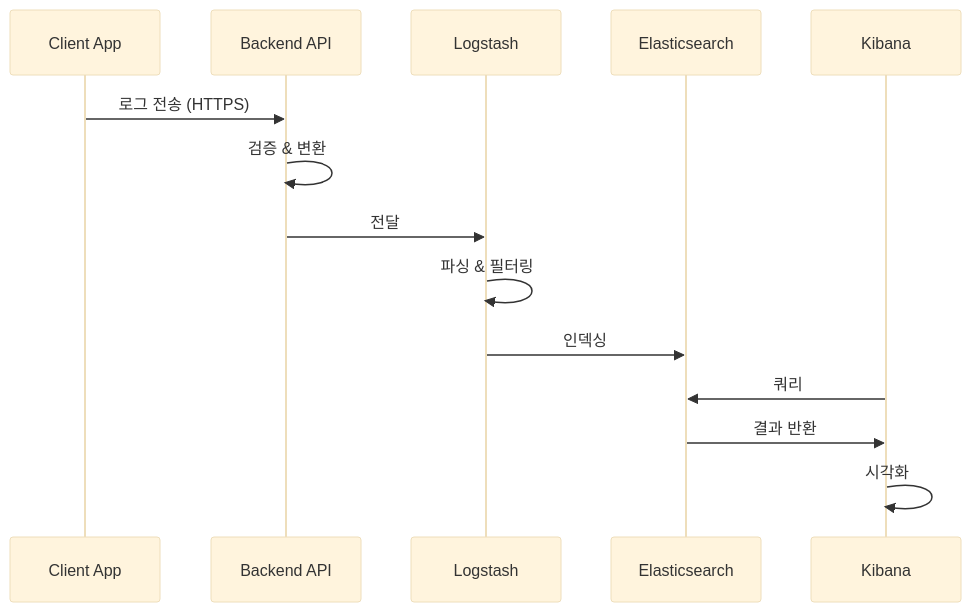
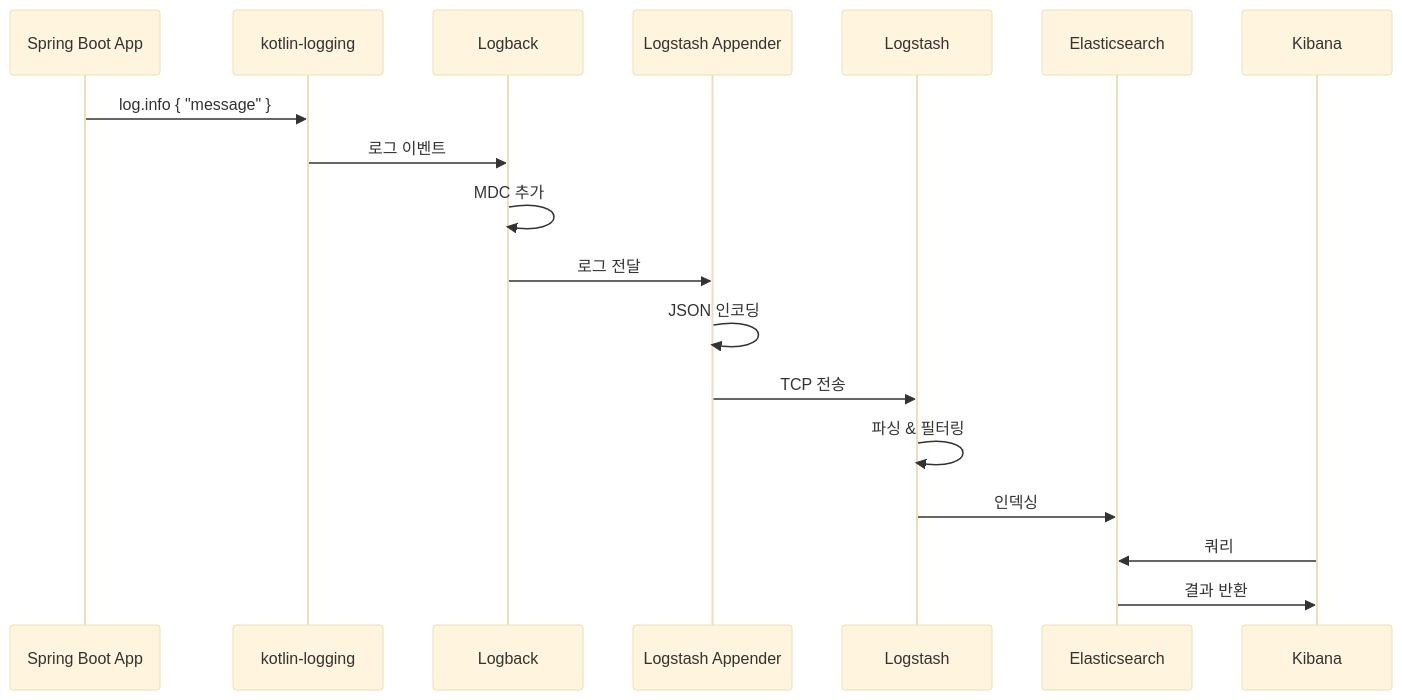
The fourth of 4 diagrams in study/ELK/README.md (adszzz11/study), drawn with Mermaid (base theme) before and after one commit. The commit also changed other lines of this file and 11 other files, not shown here.

````diff
--- a/study/ELK/README.md
+++ b/study/ELK/README.md
@@ -277,17 +243,21 @@
 ```mermaid
 sequenceDiagram
-    participant C as Client App
-    participant B as Backend API
-    participant L as Logstash
-    participant E as Elasticsearch
-    participant K as Kibana
+    participant App as Spring Boot App
+    participant Log as kotlin-logging
+    participant Logback as Logback
+    participant Appender as Logstash Appender
+    participant Logstash as Logstash
+    participant ES as Elasticsearch
+    participant Kibana as Kibana
 
-    C->>B: 로그 전송 (HTTPS)
-    B->>B: 검증 & 변환
-    B->>L: 전달
-    L->>L: 파싱 & 필터링
-    L->>E: 인덱싱
-    K->>E: 쿼리
-    E->>K: 결과 반환
-    K->>K: 시각화
+    App->>Log: log.info { "message" }
+    Log->>Logback: 로그 이벤트
+    Logback->>Logback: MDC 추가
+    Logback->>Appender: 로그 전달
+    Appender->>Appender: JSON 인코딩
+    Appender->>Logstash: TCP 전송
+    Logstash->>Logstash: 파싱 & 필터링
+    Logstash->>ES: 인덱싱
+    Kibana->>ES: 쿼리
+    ES->>Kibana: 결과 반환
 ```
````
